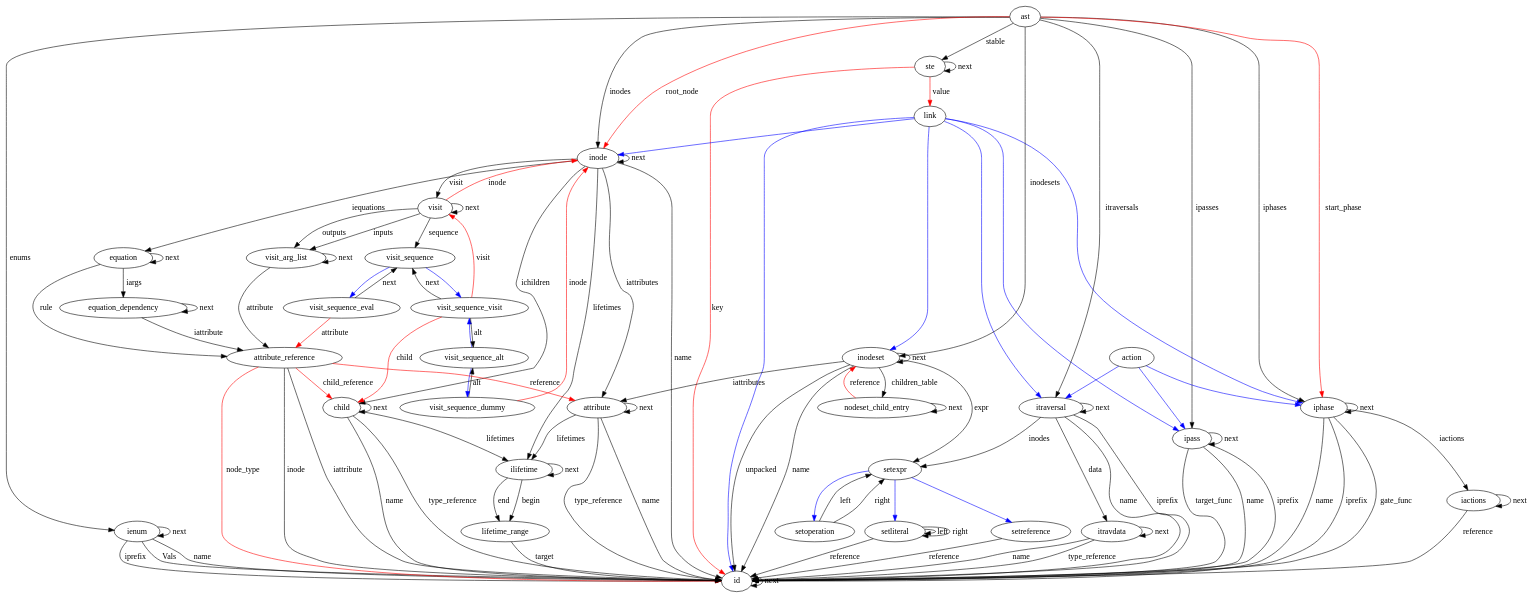
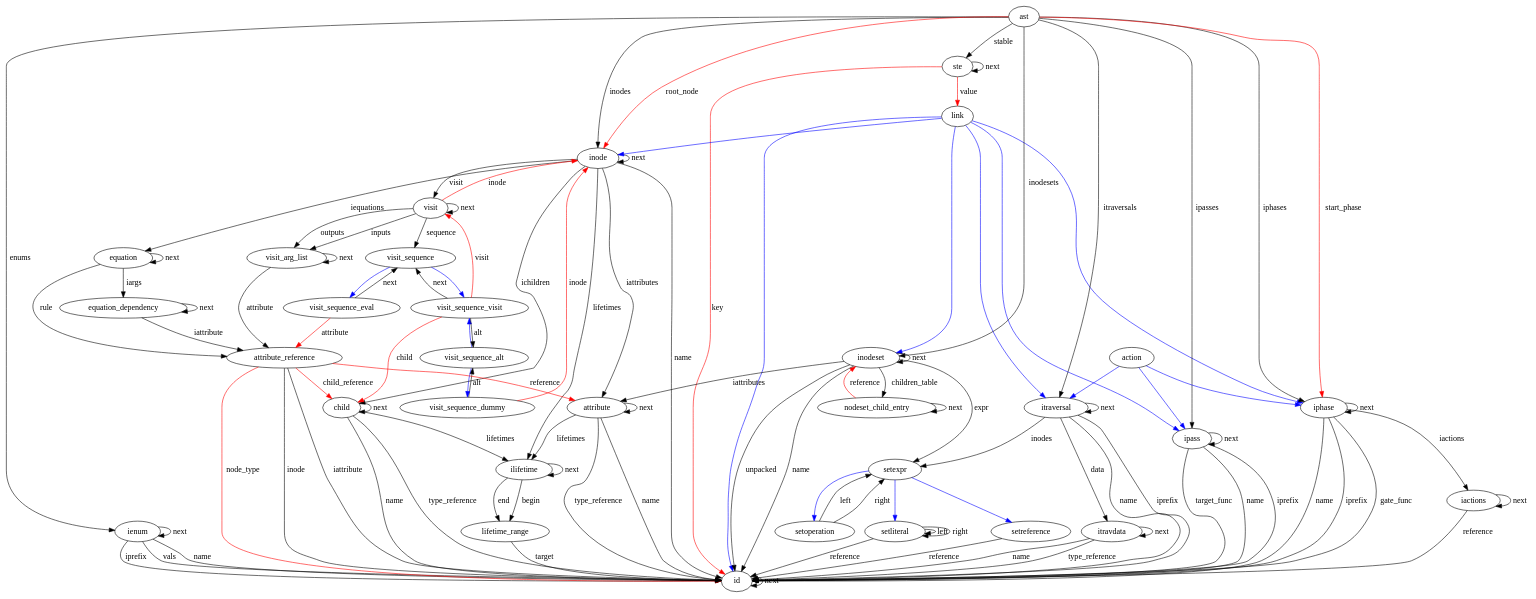
The diagram in cocogen/ccngen/ast.dot (CoCoNut-UvA/coconut), drawn with Graphviz before and after one commit. The commit also changed 51 other files, not shown here.

```diff
--- a/cocogen/ccngen/ast.dot
+++ b/cocogen/ccngen/ast.dot
@@ -1,144 +1,144 @@
 digraph Ast {
 id;
 id -> id[label="next"]
 ienum;
-ienum -> id[label="Vals"]
+ienum -> id[label="vals"]
 ienum -> id[label="name"]
 ienum -> id[label="iprefix"]
 ienum -> ienum[label="next"]
 visit_sequence_dummy;
 visit_sequence_dummy -> visit_sequence_alt[label="alt"]
 visit_sequence_dummy -> inode[color=red, label="inode"]
 visit_sequence_visit;
 visit_sequence_visit -> visit_sequence_alt[label="alt"]
 visit_sequence_visit -> visit_sequence[label="next"]
 visit_sequence_visit -> child[color=red, label="child"]
 visit_sequence_visit -> visit[color=red, label="visit"]
 visit_sequence_eval;
 visit_sequence_eval -> visit_sequence[label="next"]
 visit_sequence_eval -> attribute_reference[color=red, label="attribute"]
 visit;
 visit -> visit_sequence[label="sequence"]
 visit -> visit_arg_list[label="inputs"]
 visit -> visit_arg_list[label="outputs"]
 visit -> visit[label="next"]
 visit -> inode[color=red, label="inode"]
 visit_arg_list;
 visit_arg_list -> attribute_reference[label="attribute"]
 visit_arg_list -> visit_arg_list[label="next"]
 attribute_reference;
 attribute_reference -> id[label="inode"]
 attribute_reference -> id[label="iattribute"]
 attribute_reference -> id[color=red, label="node_type"]
 attribute_reference -> attribute[color=red, label="reference"]
 attribute_reference -> child[color=red, label="child_reference"]
 equation_dependency;
 equation_dependency -> attribute_reference[label="iattribute"]
 equation_dependency -> equation_dependency[label="next"]
 equation;
 equation -> attribute_reference[label="rule"]
 equation -> equation_dependency[label="iargs"]
 equation -> equation[label="next"]
 attribute;
 attribute -> id[label="name"]
 attribute -> id[label="type_reference"]
 attribute -> ilifetime[label="lifetimes"]
 attribute -> attribute[label="next"]
 itravdata;
 itravdata -> id[label="name"]
 itravdata -> id[label="type_reference"]
 itravdata -> itravdata[label="next"]
 setoperation;
 setoperation -> setexpr[label="left"]
 setoperation -> setexpr[label="right"]
 setliteral;
 setliteral -> id[label="reference"]
 setliteral -> setliteral[label="left"]
 setliteral -> setliteral[label="right"]
 setreference;
 setreference -> id[label="reference"]
 ste;
 ste -> ste[label="next"]
 ste -> id[color=red, label="key"]
 ste -> link[color=red, label="value"]
 child;
 child -> id[label="name"]
 child -> ilifetime[label="lifetimes"]
 child -> child[label="next"]
 child -> id[label="type_reference"]
 lifetime_range;
 lifetime_range -> id[label="target"]
 ilifetime;
 ilifetime -> lifetime_range[label="begin"]
 ilifetime -> lifetime_range[label="end"]
 ilifetime -> ilifetime[label="next"]
 nodeset_child_entry;
 nodeset_child_entry -> nodeset_child_entry[label="next"]
 nodeset_child_entry -> inodeset[color=red, label="reference"]
 inodeset;
 inodeset -> id[label="name"]
 inodeset -> setexpr[label="expr"]
 inodeset -> attribute[label="iattributes"]
 inodeset -> id[label="unpacked"]
 inodeset -> inodeset[label="next"]
 inodeset -> nodeset_child_entry[label="children_table"]
 inode;
 inode -> id[label="name"]
 inode -> inode[label="next"]
 inode -> child[label="ichildren"]
 inode -> attribute[label="iattributes"]
 inode -> equation[label="iequations"]
 inode -> ilifetime[label="lifetimes"]
 inode -> visit[label="visit"]
 ipass;
 ipass -> id[label="name"]
 ipass -> id[label="iprefix"]
 ipass -> id[label="target_func"]
 ipass -> ipass[label="next"]
 itraversal;
 itraversal -> id[label="name"]
 itraversal -> id[label="iprefix"]
 itraversal -> setexpr[label="inodes"]
 itraversal -> itravdata[label="data"]
 itraversal -> itraversal[label="next"]
 iphase;
 iphase -> id[label="name"]
 iphase -> id[label="iprefix"]
 iphase -> id[label="gate_func"]
 iphase -> iactions[label="iactions"]
 iphase -> iphase[label="next"]
 iactions;
 iactions -> id[label="reference"]
 iactions -> iactions[label="next"]
 ast;
 ast -> iphase[label="iphases"]
 ast -> itraversal[label="itraversals"]
 ast -> ipass[label="ipasses"]
 ast -> inode[label="inodes"]
 ast -> inodeset[label="inodesets"]
 ast -> ienum[label="enums"]
 ast -> ste[label="stable"]
 ast -> inode[color=red, label="root_node"]
 ast -> iphase[color=red, label="start_phase"]
 visit_sequence_alt;
 visit_sequence_alt -> visit_sequence_visit [color=blue]
 visit_sequence_alt -> visit_sequence_dummy [color=blue]
 visit_sequence;
 visit_sequence -> visit_sequence_eval [color=blue]
 visit_sequence -> visit_sequence_visit [color=blue]
 setexpr;
 setexpr -> setoperation [color=blue]
 setexpr -> setreference [color=blue]
 setexpr -> setliteral [color=blue]
 link;
 link -> iphase [color=blue]
 link -> itraversal [color=blue]
 link -> ipass [color=blue]
 link -> inode [color=blue]
 link -> inodeset [color=blue]
 link -> id [color=blue]
 action;
 action -> iphase [color=blue]
 action -> itraversal [color=blue]
 action -> ipass [color=blue]
 }
```
